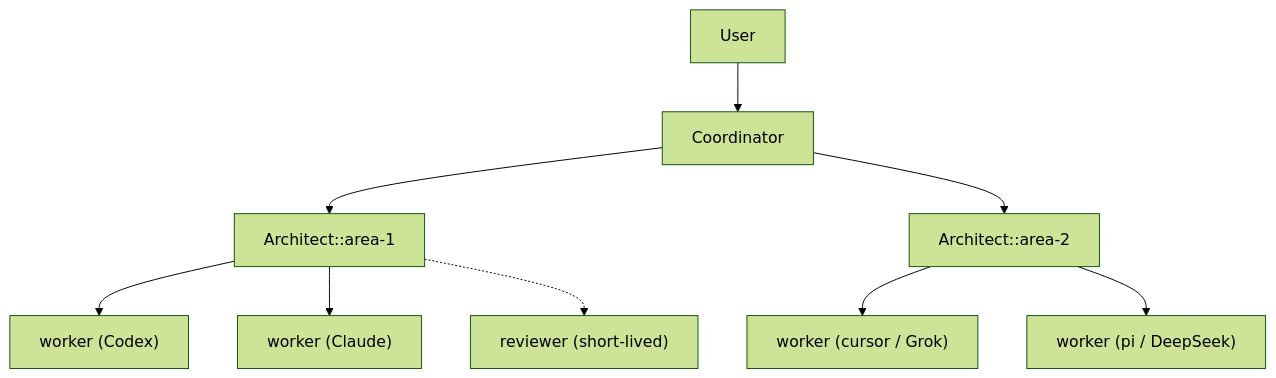
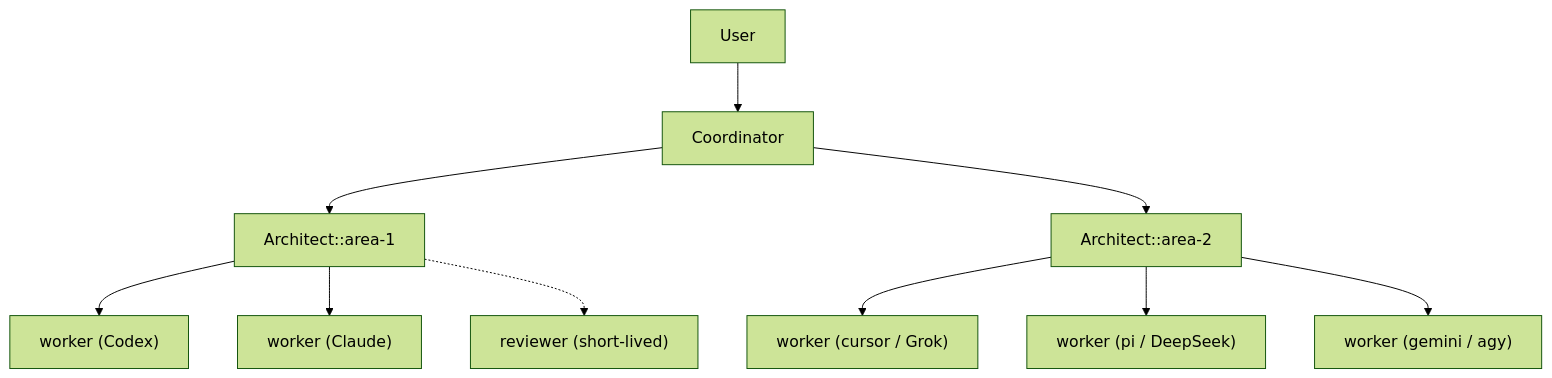
The first of 5 diagrams in docs/architecture.md (combinaut/ai-agent-orchestration), drawn with Mermaid (forest theme) before and after one commit. The commit also changed other lines of this file and 17 other files, not shown here.

First line of the commit message:
feat(providers): add gemini family via the agy CLI (#199)

````diff
--- a/docs/architecture.md
+++ b/docs/architecture.md
@@ -7,11 +7,12 @@
 ```mermaid
 flowchart TD
     U[User] --> C[Coordinator]
     C --> A1["Architect::area-1"]
     C --> A2["Architect::area-2"]
     A1 --> W1["worker (Codex)"]
     A1 --> W2["worker (Claude)"]
     A1 -.-> R["reviewer (short-lived)"]
     A2 --> W3["worker (cursor / Grok)"]
     A2 --> W4["worker (pi / DeepSeek)"]
+    A2 --> W5["worker (gemini / agy)"]
 ```
````
